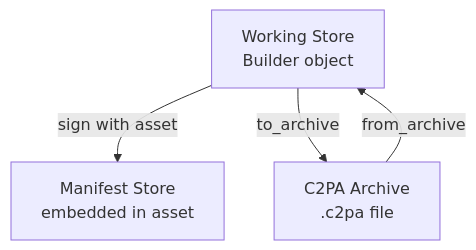
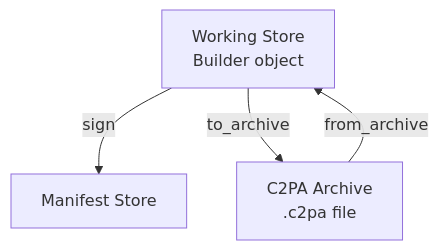
One commit to fwanderse/c2pa-c changed the first of 2 diagrams in docs/working-stores.md. Above: the diagram before and after it, drawn with Mermaid. The commit also changed other lines of this file, not shown here.

````diff
--- a/docs/working-stores.md
+++ b/docs/working-stores.md
@@ -42,6 +42,6 @@
 ```mermaid
 graph TD
-    A[Working Store<br/>Builder object] -->|sign with asset| B[Manifest Store<br/>embedded in asset]
+    A[Working Store<br/>Builder object] -->|sign| B[Manifest Store]
     A -->|to_archive| C[C2PA Archive<br/>.c2pa file]
     C -->|from_archive| A
 ```
````
